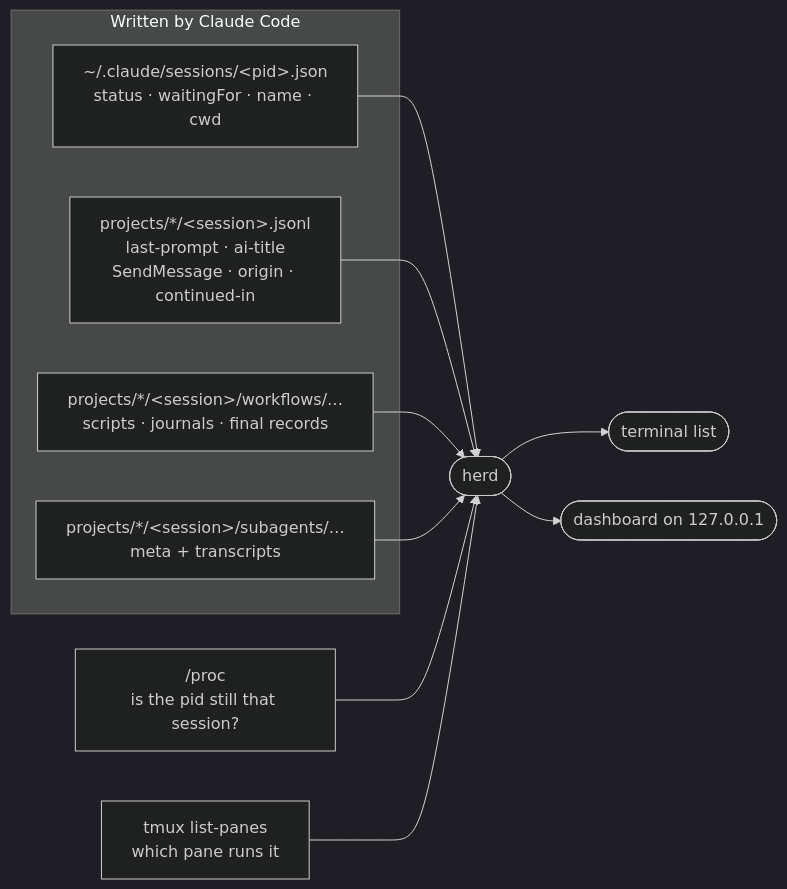
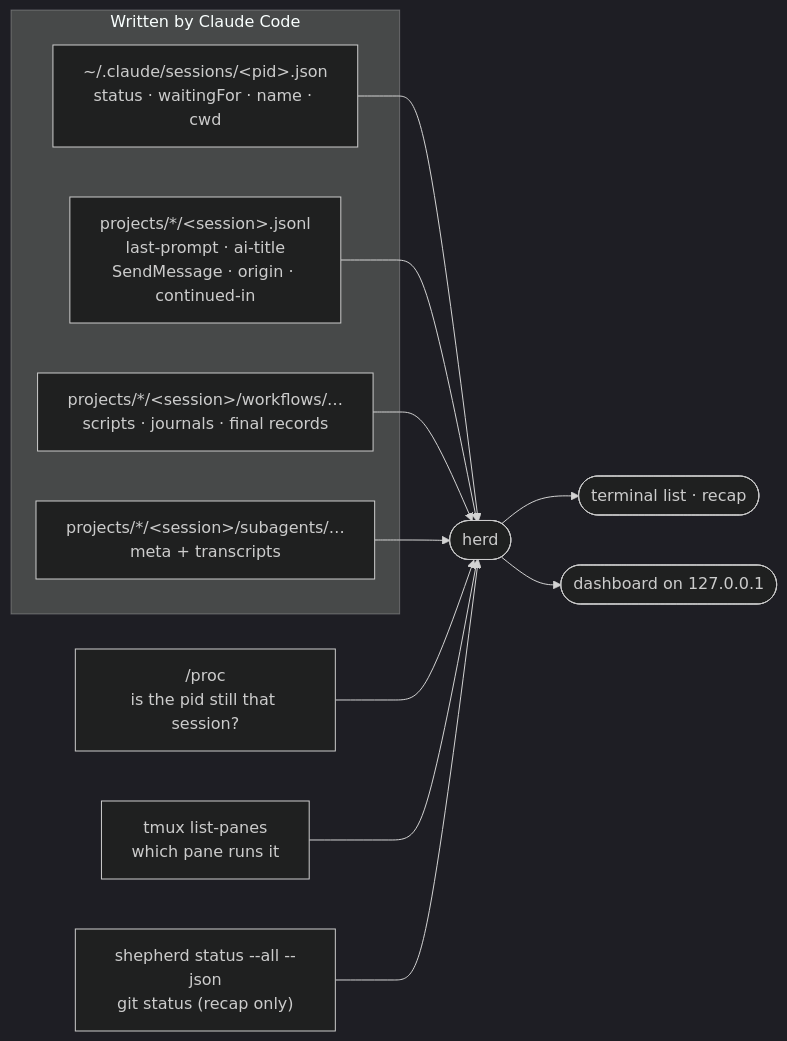
One commit to SearchingAlpha/claude-dotfiles changed the diagram in harnesses/herd/README.md. Above: the diagram before and after it, drawn with Mermaid (dark theme). The commit also changed other lines of this file and 5 other files, not shown here.

First line of the commit message:
feat(herd): recap — what you left open since your last workday; url — the dashboard link

````diff
--- a/harnesses/herd/README.md
+++ b/harnesses/herd/README.md
@@ -7,19 +7,21 @@
 ```mermaid
 flowchart LR
   subgraph cc["Written by Claude Code"]
     reg["~/.claude/sessions/&lt;pid&gt;.json<br/>status · waitingFor · name · cwd"]
     tr["projects/*/&lt;session&gt;.jsonl<br/>last-prompt · ai-title<br/>SendMessage · origin · continued-in"]
     wf["projects/*/&lt;session&gt;/workflows/…<br/>scripts · journals · final records"]
     sub["projects/*/&lt;session&gt;/subagents/…<br/>meta + transcripts"]
   end
   proc["/proc<br/>is the pid still that session?"]
   tmux["tmux list-panes<br/>which pane runs it"]
+  shep["shepherd status --all --json<br/>git status (recap only)"]
   reg --> herd(["herd"])
   tr --> herd
   wf --> herd
   sub --> herd
   proc --> herd
   tmux --> herd
-  herd --> cli(["terminal list"])
+  shep --> herd
+  herd --> cli(["terminal list · recap"])
   herd --> web(["dashboard on 127.0.0.1"])
 ```
````
